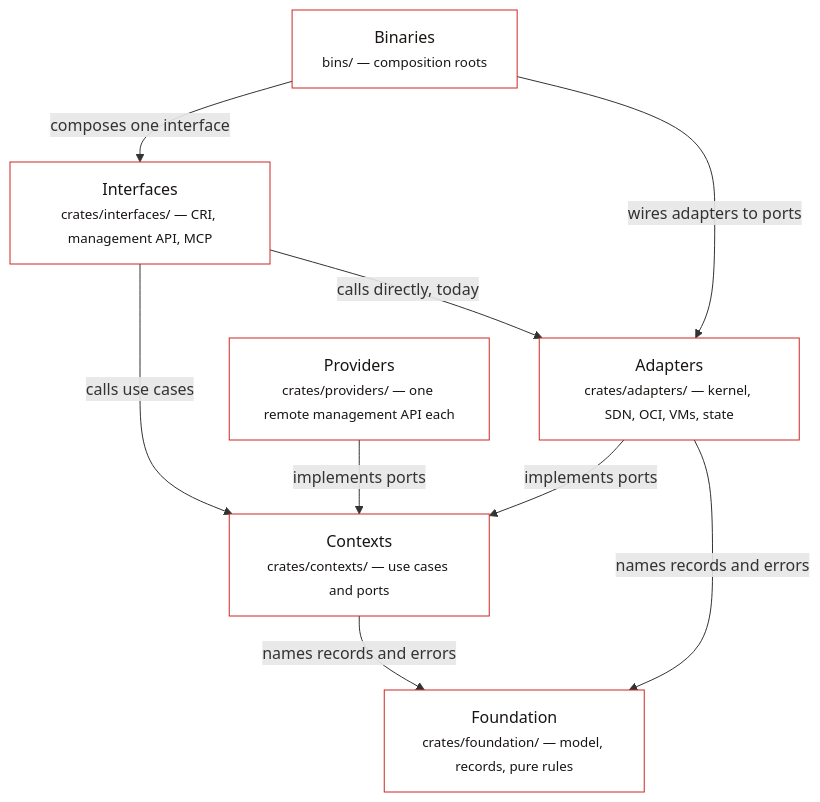
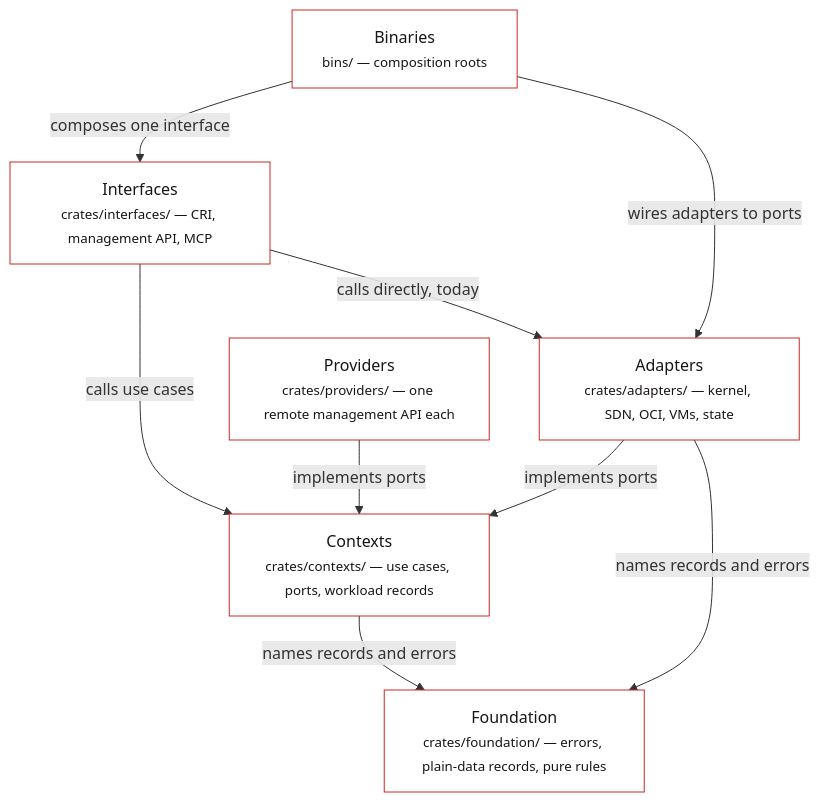
Before and after one commit to angolardevops/delonix-runtime: the fifth of 11 diagrams in docs/dev/architecture.md, drawn with Mermaid. The commit also changed other lines of this file and 15 other files, not shown here.

````diff
--- a/docs/dev/architecture.md
+++ b/docs/dev/architecture.md
@@ -382,23 +382,23 @@
 ```mermaid
 flowchart TB
   BIN["Binaries<br/><small>bins/ — composition roots</small>"]
   IF["Interfaces<br/><small>crates/interfaces/ — CRI, management API, MCP</small>"]
   AD["Adapters<br/><small>crates/adapters/ — kernel, SDN, OCI, VMs, state</small>"]
   PR["Providers<br/><small>crates/providers/ — one remote management API each</small>"]
-  CX["Contexts<br/><small>crates/contexts/ — use cases and ports</small>"]
-  FD["Foundation<br/><small>crates/foundation/ — model, records, pure rules</small>"]
+  CX["Contexts<br/><small>crates/contexts/ — use cases, ports, workload records</small>"]
+  FD["Foundation<br/><small>crates/foundation/ — errors, plain-data records, pure rules</small>"]
   BIN -->|"composes one interface"| IF
   BIN -->|"wires adapters to ports"| AD
   IF -->|"calls use cases"| CX
   IF -->|"calls directly, today"| AD
   AD -->|"implements ports"| CX
   PR -->|"implements ports"| CX
   CX -->|"names records and errors"| FD
   AD -->|"names records and errors"| FD
   class BIN,IF,AD,PR,CX,FD block
 classDef person fill:#191513,stroke:#191513,color:#ffffff
 classDef engine fill:#cc2823,stroke:#8f1b17,color:#ffffff
 classDef block fill:#ffffff,stroke:#cc2823,color:#191513
 classDef external fill:#e1ddda,stroke:#8a817c,color:#191513
 classDef store fill:#2390c8,stroke:#17618a,color:#ffffff
 ```
````
